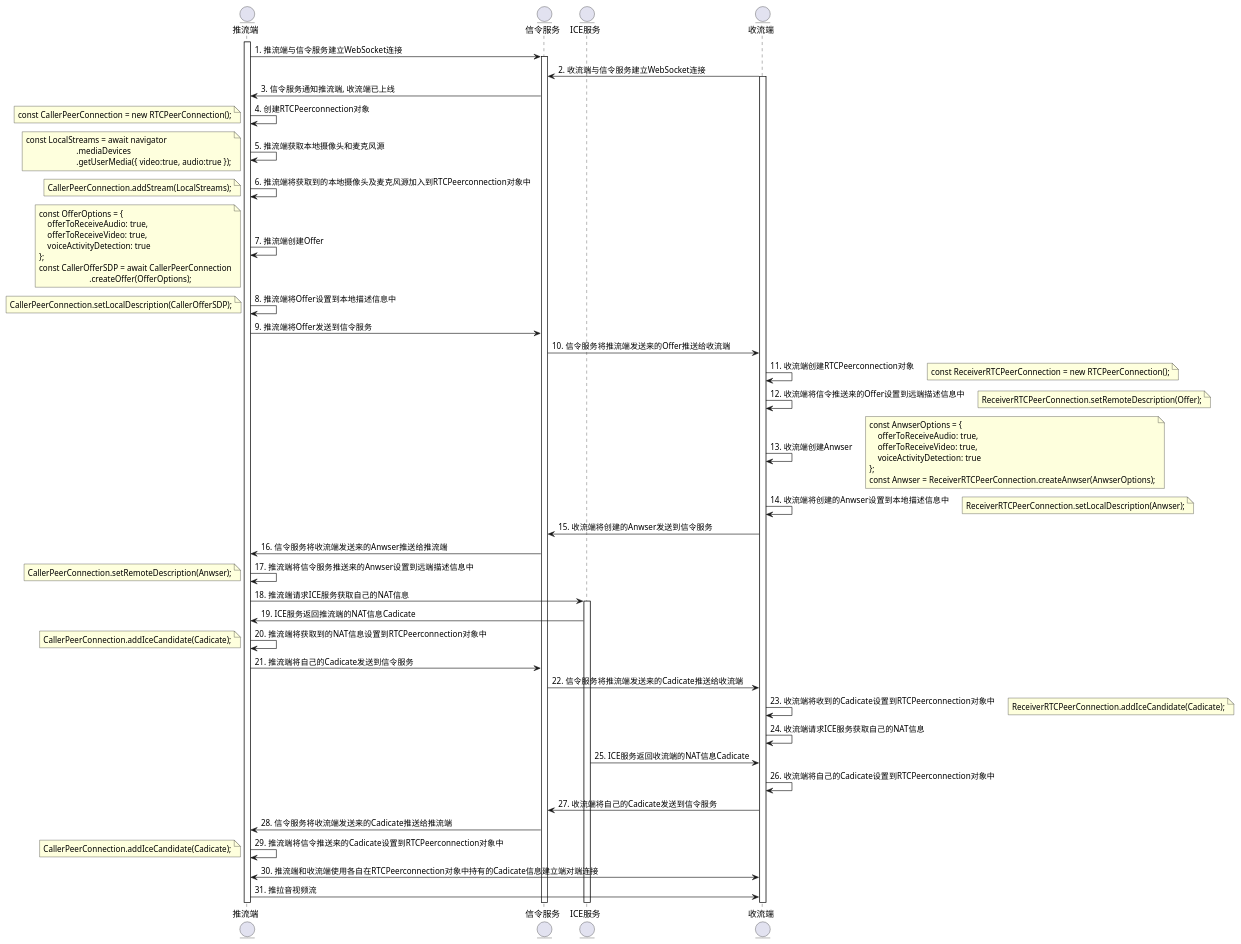
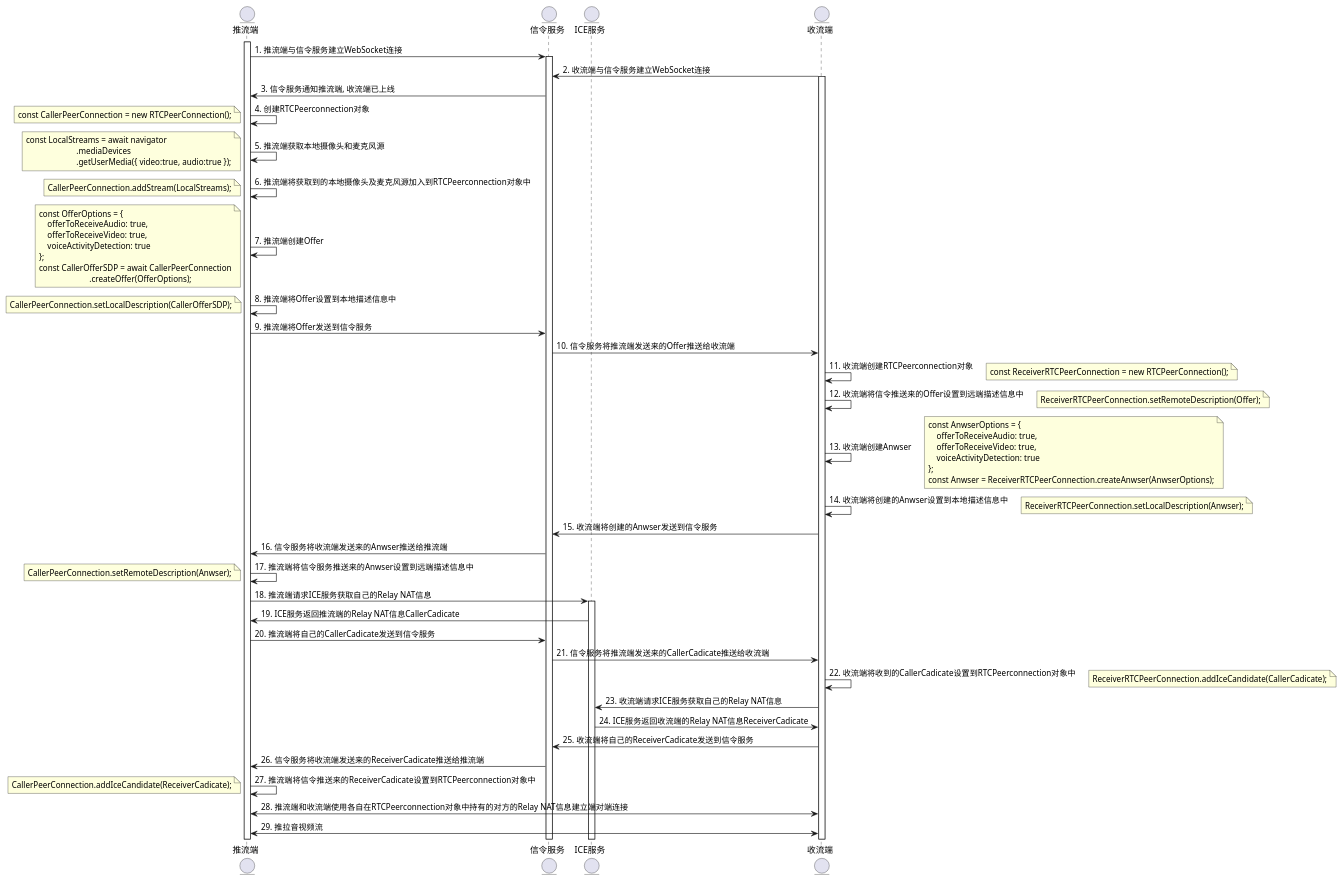
One commit to mustang1988/DocsifyRepository changed the diagram in repository/Libraries/WebRTC/docs/WebRTC.puml. Above: the diagram before and after it, drawn with PlantUML. The commit also changed 1 other file, not shown here.

```diff
--- a/repository/Libraries/WebRTC/docs/WebRTC.puml
+++ b/repository/Libraries/WebRTC/docs/WebRTC.puml
@@ -1,128 +1,121 @@
-@startuml WebRTC流程
+@startuml 一次完整的WebRTC推拉流交互流程
 entity 推流端
 entity 信令服务
 entity ICE服务
 entity 收流端
 
 activate 推流端
 
 推流端 -> 信令服务: 1. 推流端与信令服务建立WebSocket连接
 
 activate 信令服务
 
 收流端 -> 信令服务: 2. 收流端与信令服务建立WebSocket连接
 
 activate 收流端
 
 信令服务 -> 推流端: 3. 信令服务通知推流端, 收流端已上线
 
 推流端 -> 推流端: 4. 创建RTCPeerconnection对象
 note left
 const CallerPeerConnection = new RTCPeerConnection();
 end note
 
 推流端 -> 推流端: 5. 推流端获取本地摄像头和麦克风源
 note left
 const LocalStreams = await navigator
                         .mediaDevices
                         .getUserMedia({ video:true, audio:true });
 end note
 
 推流端  -> 推流端: 6. 推流端将获取到的本地摄像头及麦克风源加入到RTCPeerconnection对象中
 note left
 CallerPeerConnection.addStream(LocalStreams);
 end note
 
 推流端 -> 推流端: 7. 推流端创建Offer
 note left
 const OfferOptions = {
     offerToReceiveAudio: true,
     offerToReceiveVideo: true,
     voiceActivityDetection: true
 };
 const CallerOfferSDP = await CallerPeerConnection
                         .createOffer(OfferOptions);
 end note
 
 推流端 -> 推流端: 8. 推流端将Offer设置到本地描述信息中
 note left
 CallerPeerConnection.setLocalDescription(CallerOfferSDP);
 end note
 
 推流端 -> 信令服务: 9. 推流端将Offer发送到信令服务
 
 信令服务 -> 收流端: 10. 信令服务将推流端发送来的Offer推送给收流端
 
 收流端 -> 收流端: 11. 收流端创建RTCPeerconnection对象
 note right
 const ReceiverRTCPeerConnection = new RTCPeerConnection();
 end note
 
 收流端 -> 收流端: 12. 收流端将信令推送来的Offer设置到远端描述信息中
 note right
 ReceiverRTCPeerConnection.setRemoteDescription(Offer);
 end note
 
 收流端 -> 收流端: 13. 收流端创建Anwser
 note right
 const AnwserOptions = {
     offerToReceiveAudio: true,
     offerToReceiveVideo: true,
     voiceActivityDetection: true
 };
 const Anwser = ReceiverRTCPeerConnection.createAnwser(AnwserOptions);
 end note
 
 收流端 -> 收流端: 14. 收流端将创建的Anwser设置到本地描述信息中
 note right
 ReceiverRTCPeerConnection.setLocalDescription(Anwser);
 end note
 
 收流端 -> 信令服务: 15. 收流端将创建的Anwser发送到信令服务
 
 信令服务 -> 推流端: 16. 信令服务将收流端发送来的Anwser推送给推流端
 
 推流端 -> 推流端: 17. 推流端将信令服务推送来的Anwser设置到远端描述信息中
 note left
 CallerPeerConnection.setRemoteDescription(Anwser);
 end note
 
-推流端 -> ICE服务: 18. 推流端请求ICE服务获取自己的NAT信息
+推流端 -> ICE服务: 18. 推流端请求ICE服务获取自己的Relay NAT信息
 
 activate ICE服务
-ICE服务 -> 推流端: 19. ICE服务返回推流端的NAT信息Cadicate
+ICE服务 -> 推流端: 19. ICE服务返回推流端的Relay NAT信息CallerCadicate
 
-推流端 -> 推流端: 20. 推流端将获取到的NAT信息设置到RTCPeerconnection对象中
-note left
-CallerPeerConnection.addIceCandidate(Cadicate);
+推流端 -> 信令服务: 20. 推流端将自己的CallerCadicate发送到信令服务
+
+信令服务 -> 收流端: 21. 信令服务将推流端发送来的CallerCadicate推送给收流端
+
+收流端 -> 收流端: 22. 收流端将收到的CallerCadicate设置到RTCPeerconnection对象中
+note right
+ReceiverRTCPeerConnection.addIceCandidate(CallerCadicate);
 end note
 
-推流端 -> 信令服务: 21. 推流端将自己的Cadicate发送到信令服务
+收流端 -> ICE服务: 23. 收流端请求ICE服务获取自己的Relay NAT信息
 
-信令服务 -> 收流端: 22. 信令服务将推流端发送来的Cadicate推送给收流端
+ICE服务 -> 收流端: 24. ICE服务返回收流端的Relay NAT信息ReceiverCadicate
 
-收流端 -> 收流端: 23. 收流端将收到的Cadicate设置到RTCPeerconnection对象中
-note right
-ReceiverRTCPeerConnection.addIceCandidate(Cadicate);
+收流端 -> 信令服务: 25. 收流端将自己的ReceiverCadicate发送到信令服务
+
+信令服务 -> 推流端: 26. 信令服务将收流端发送来的ReceiverCadicate推送给推流端
+
+推流端 -> 推流端: 27. 推流端将信令推送来的ReceiverCadicate设置到RTCPeerconnection对象中
+note left
+CallerPeerConnection.addIceCandidate(ReceiverCadicate);
 end note
 
-收流端 -> 收流端: 24. 收流端请求ICE服务获取自己的NAT信息
+推流端 <-> 收流端: 28. 推流端和收流端使用各自在RTCPeerconnection对象中持有的对方的Relay NAT信息建立端对端连接
 
-ICE服务 -> 收流端: 25. ICE服务返回收流端的NAT信息Cadicate
-
-收流端 -> 收流端: 26. 收流端将自己的Cadicate设置到RTCPeerconnection对象中
-
-收流端 -> 信令服务: 27. 收流端将自己的Cadicate发送到信令服务
-
-信令服务 -> 推流端: 28. 信令服务将收流端发送来的Cadicate推送给推流端
-
-推流端 -> 推流端: 29. 推流端将信令推送来的Cadicate设置到RTCPeerconnection对象中
-note left
-CallerPeerConnection.addIceCandidate(Cadicate);
-end note
-
-推流端 <-> 收流端: 30. 推流端和收流端使用各自在RTCPeerconnection对象中持有的Cadicate信息建立端对端连接
-
-推流端 -> 收流端: 31. 推拉音视频流
+推流端 <-> 收流端: 29. 推拉音视频流
 
 @enduml
```
